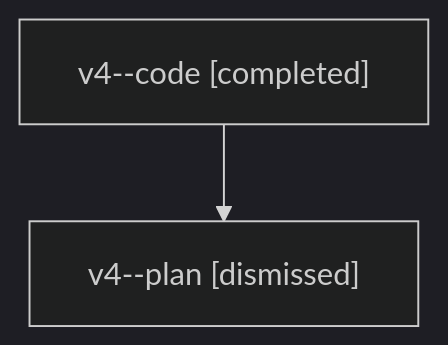
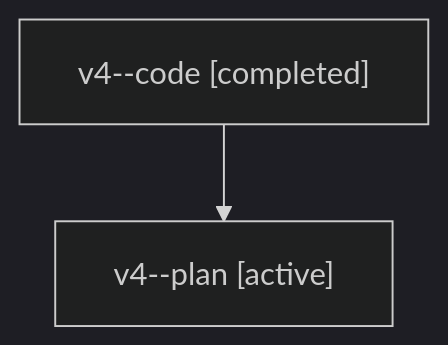
Before and after one commit to sase-org/sase--agents: the diagram in families/bbugyi200.athena.v4.md, drawn with Mermaid (dark theme). The commit also changed other lines of this file and 35830 other files, not shown here.

````diff
--- a/families/bbugyi200.athena.v4.md
+++ b/families/bbugyi200.athena.v4.md
@@ -9,6 +9,6 @@
 ```mermaid
 flowchart TD
   n0["v4--code [completed]"]
-  n1["v4--plan [dismissed]"]
+  n1["v4--plan [active]"]
   n0 --> n1
 ```
````
